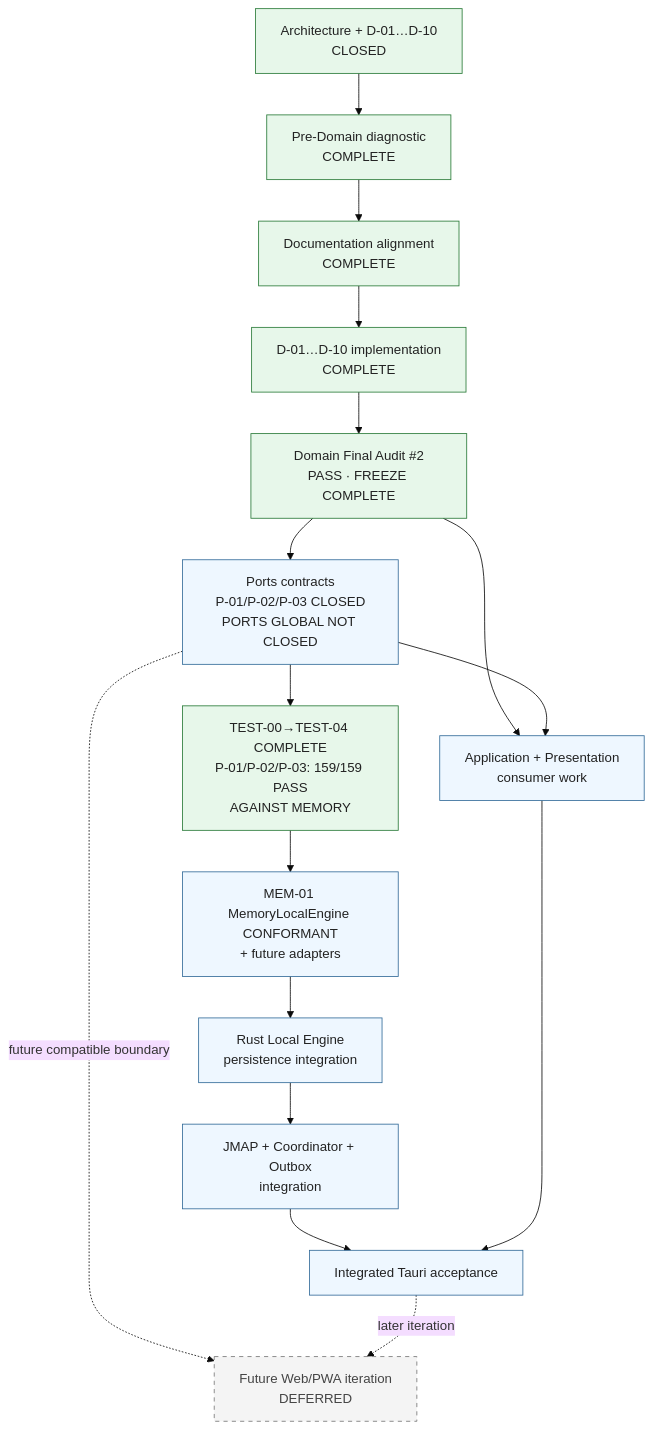
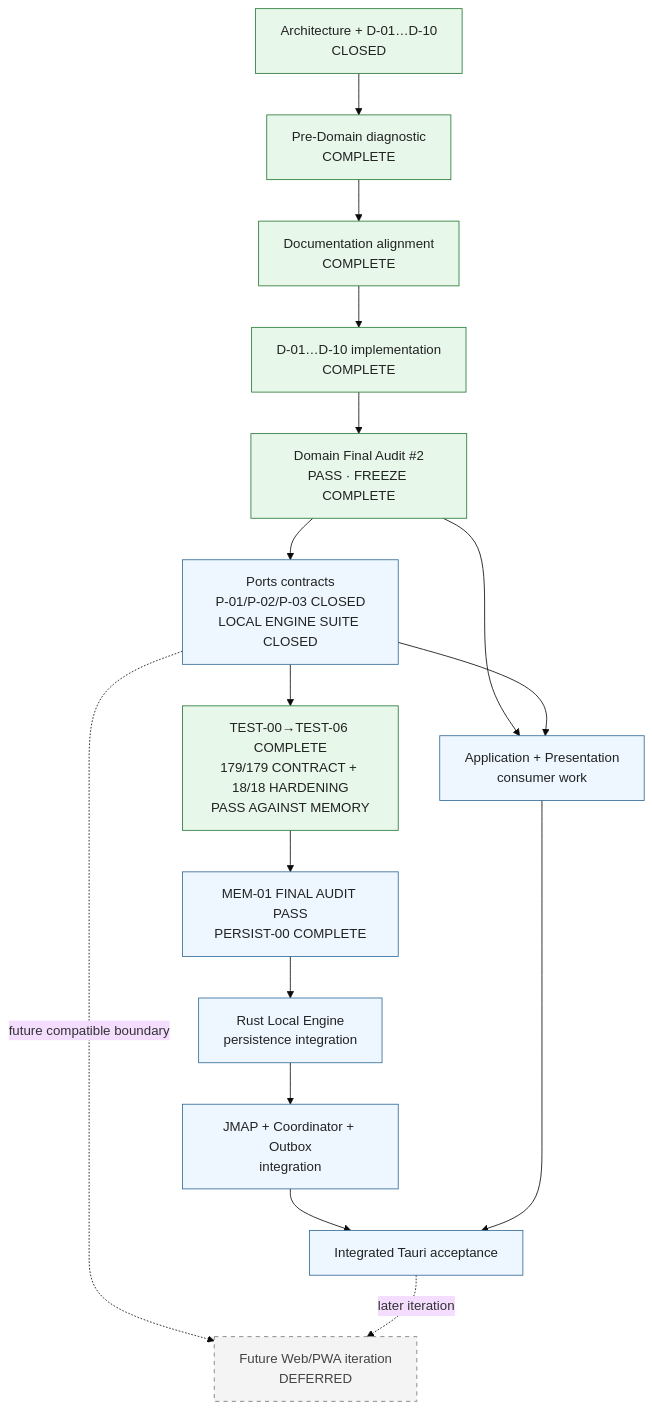
One commit to sebastiandperez/Correo-Boxplot changed the diagram in docs/planning/roadmap.md. Above: the diagram before and after it, drawn with Mermaid (base theme). The commit also changed other lines of this file and 9 other files, not shown here.

Commit message:
Memory Local engine and init Persist Implemented

````diff
--- a/docs/planning/roadmap.md
+++ b/docs/planning/roadmap.md
@@ -53,30 +53,30 @@
 ```mermaid
 flowchart TD
     Decisions["Architecture + D-01…D-10<br/>CLOSED"]
     Diagnostic["Pre-Domain diagnostic<br/>COMPLETE"]
     Docs["Documentation alignment<br/>COMPLETE"]
     Domain["D-01…D-10 implementation<br/>COMPLETE"]
     DomainGate["Domain Final Audit #2<br/>PASS · FREEZE COMPLETE"]
-    Ports["Ports contracts<br/>P-01/P-02/P-03 CLOSED<br/>PORTS GLOBAL NOT CLOSED"]
-    TestSpec["TEST-00→TEST-04 COMPLETE<br/>P-01/P-02/P-03: 159/159 PASS<br/>AGAINST MEMORY"]
-    Adapters["MEM-01 MemoryLocalEngine CONFORMANT<br/>+ future adapters"]
+    Ports["Ports contracts<br/>P-01/P-02/P-03 CLOSED<br/>LOCAL ENGINE SUITE CLOSED"]
+    TestSpec["TEST-00→TEST-06 COMPLETE<br/>179/179 CONTRACT + 18/18 HARDENING<br/>PASS AGAINST MEMORY"]
+    Adapters["MEM-01 FINAL AUDIT PASS<br/>PERSIST-00 COMPLETE"]
     Engine["Rust Local Engine<br/>persistence integration"]
     Remote["JMAP + Coordinator + Outbox<br/>integration"]
     App["Application + Presentation<br/>consumer work"]
     Acceptance["Integrated Tauri acceptance"]
     FutureWeb["Future Web/PWA iteration<br/>DEFERRED"]
 
     Decisions --> Diagnostic --> Docs --> Domain --> DomainGate --> Ports --> TestSpec --> Adapters --> Engine --> Remote --> Acceptance
     DomainGate --> App
     Ports --> App
     App --> Acceptance
     Ports -.->|"future compatible boundary"| FutureWeb
     Acceptance -.->|"later iteration"| FutureWeb
 
     classDef closed fill:#e7f7ea,stroke:#297a38,color:#222;
     classDef active fill:#eef7ff,stroke:#336b99,color:#222;
     classDef deferred fill:#f4f4f4,stroke:#777,stroke-dasharray:5 5,color:#444;
     class Decisions,Diagnostic,Docs,Domain,DomainGate,TestSpec closed;
     class Ports,Adapters,Engine,Remote,App,Acceptance active;
     class FutureWeb deferred;
 ```
````
